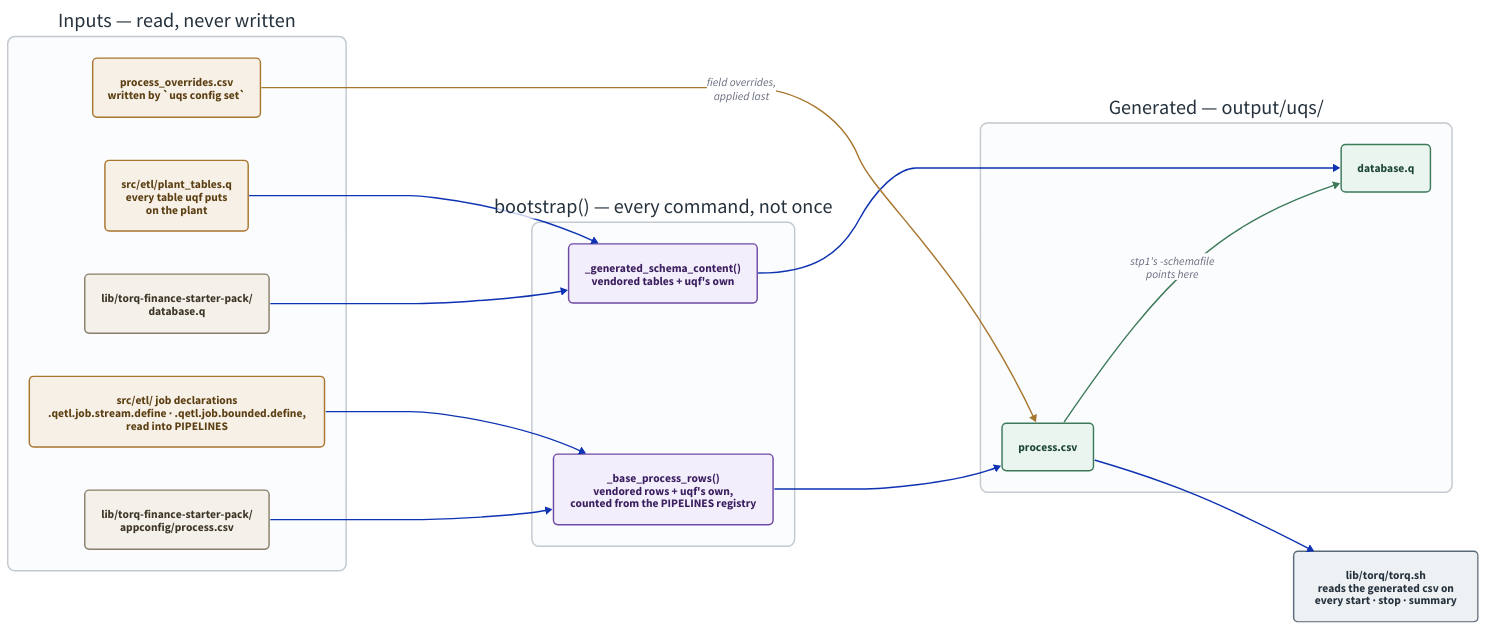
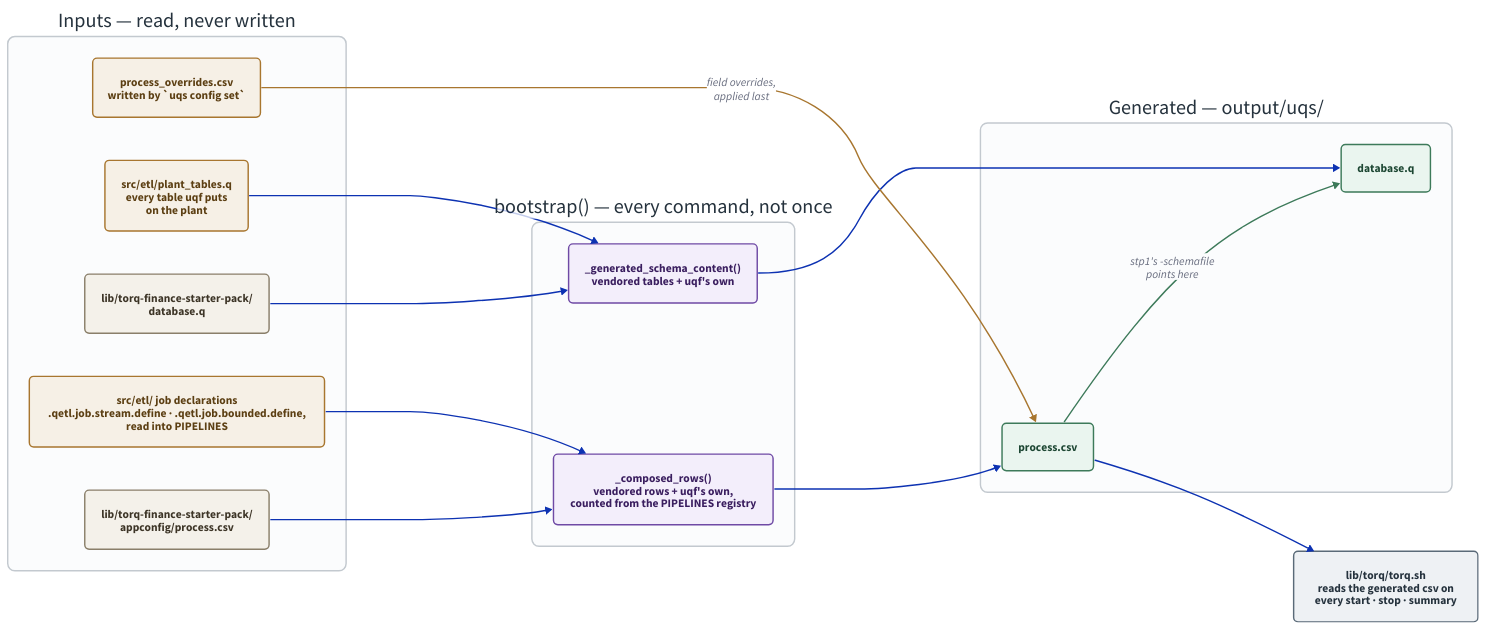
The diagram in docs/diagrams/config-generation.d2 (kwojdalski/uqf), drawn with D2 before and after one commit. The commit also changed 13 other files, not shown here.

```diff
--- a/docs/diagrams/config-generation.d2
+++ b/docs/diagrams/config-generation.d2
@@ -1,128 +1,128 @@
 # config-generation.d2 - how the vendored TorQ config becomes the config the
 # stack actually runs on.
 #
 # Rendered by scripts/generate/render_diagrams.py, which CI runs with
 # --check. Embedded from docs/architecture/stack.md.
 #
 # THE RULE THIS DRAWS is H-01: the vendored trees are never written to. Read
 # the vendored file fresh, generate an extended copy, point the running
 # process at the copy. An edit to lib/ would work until the next upgrade and
 # then be silently lost, which is the failure the whole arrangement exists
 # to make impossible.
 #
 # The other thing worth seeing is that there is no setup step. bootstrap()
 # regenerates both outputs on EVERY command - start, stop, summary, all of
 # them - so the generated files are always a fresh function of the vendored
 # tree plus the three small tracked extension files. Nothing here is a state
 # you can get out of sync; the only way to change the output is to change an
 # input.
 
 direction: right
 
 vars: {
   d2-config: {
     pad: 40
   }
 }
 
 classes: {
   vendored: {
     style: {
       fill: "#f4f1ea"
       stroke: "#8a7f6a"
       font-color: "#3d3527"
       border-radius: 6
     }
   }
   tracked: {
     style: {
       fill: "#f6f0e6"
       stroke: "#a8762f"
       font-color: "#5c3f13"
       border-radius: 6
     }
   }
   step: {
     style: {
       fill: "#f3eefb"
       stroke: "#6f4aa5"
       font-color: "#3a1e5f"
       border-radius: 6
     }
   }
   generated: {
     style: {
       fill: "#eaf5ef"
       stroke: "#3d7a5a"
       font-color: "#1d4733"
       border-radius: 6
     }
   }
   consumer: {
     style: {
       fill: "#eef1f4"
       stroke: "#5a6a78"
       font-color: "#25323d"
       border-radius: 6
     }
   }
 }
 
 inputs: "Inputs — read, never written" {
   style: {
     fill: "#fbfcfd"
     stroke: "#c3c9cf"
     stroke-width: 2
     border-radius: 10
     font-color: "#25323d"
   }
 
   # Declared in the order they are consumed - the process.csv inputs, then
   # the database.q ones - so dagre keeps each group near the step it feeds.
   vendored_csv: "lib/torq-finance-starter-pack/\nappconfig/process.csv" { class: vendored }
   declarations: "src/etl/ job declarations\n.qetl.job.stream.define · .qetl.job.bounded.define,\nread into PIPELINES" { class: tracked }
   overrides: "process_overrides.csv\nwritten by `uqs config set`" { class: tracked }
   vendored_schema: "lib/torq-finance-starter-pack/\ndatabase.q" { class: vendored }
   tables: "src/etl/plant_tables.q\nevery table uqf puts\non the plant" { class: tracked }
 }
 
 bootstrap: "bootstrap() — every command, not once" {
   style: {
     fill: "#fbfcfd"
     stroke: "#c3c9cf"
     stroke-width: 2
     border-radius: 10
     font-color: "#25323d"
   }
 
-  rows: "_base_process_rows()\nvendored rows + uqf's own,\ncounted from the PIPELINES registry" { class: step }
+  rows: "_composed_rows()\nvendored rows + uqf's own,\ncounted from the PIPELINES registry" { class: step }
   schema: "_generated_schema_content()\nvendored tables + uqf's own" { class: step }
 }
 
 outputs: "Generated — output/uqs/" {
   style: {
     fill: "#fbfcfd"
     stroke: "#c3c9cf"
     stroke-width: 2
     border-radius: 10
     font-color: "#25323d"
   }
 
   gen_csv: "process.csv" { class: generated }
   gen_schema: "database.q" { class: generated }
 
   gen_csv -> gen_schema: "stp1's -schemafile\npoints here" { style.stroke: "#3d7a5a" }
 }
 
 torqsh: "lib/torq/torq.sh\nreads the generated csv on\nevery start · stop · summary" { class: consumer }
 
 inputs.vendored_csv -> bootstrap.rows
 inputs.vendored_schema -> bootstrap.schema
 inputs.declarations -> bootstrap.rows
 inputs.tables -> bootstrap.schema
 
 bootstrap.rows -> outputs.gen_csv
 bootstrap.schema -> outputs.gen_schema
 inputs.overrides -> outputs.gen_csv: "field overrides,\napplied last" { style.stroke: "#a8762f" }
 
 outputs.gen_csv -> torqsh
```
